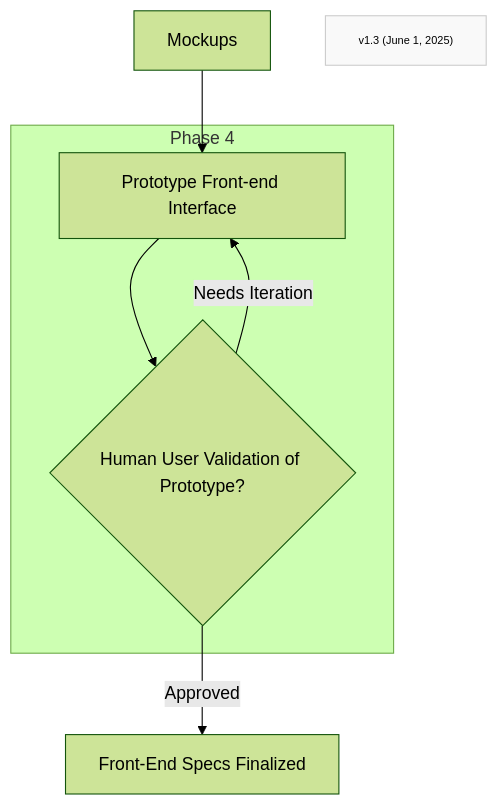
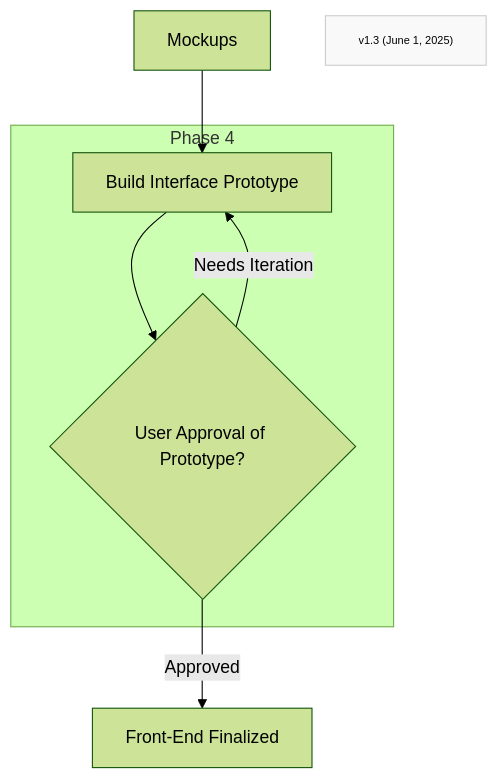
One commit to Mharbulous/Front-First-Method changed the diagram in Method/FF-phase4.md. Above: the diagram before and after it, drawn with Mermaid (forest theme).

Commit message:
Further refine Phase 4 diagram

````diff
--- a/Method/FF-phase4.md
+++ b/Method/FF-phase4.md
@@ -2,17 +2,17 @@
 ```mermaid
 graph TD
     
-B1["Mockups"]  --> B2["Prototype Front-end Interface"] 
+B1["Mockups"]  --> B2["Build Interface Prototype"] 
 
     subgraph Phase1["Phase 4"]
-        B2 --> B3_Val{"Human User Validation of Prototype?"}
+        B2 --> B3_Val{"User Approval of Prototype?"}
         B3_Val -->|Needs Iteration| B2
         
     end
-B3_Val -->|Approved| C_Spec["Front-End Specs Finalized"]
+B3_Val -->|Approved| C_Spec["Front-End Finalized"]
 
 Version["v1.3 (June 1, 2025)"]
 classDef version fill:#f9f9f9,stroke:#ccc,font-size:10px
 class Version version
 
 ```
````
